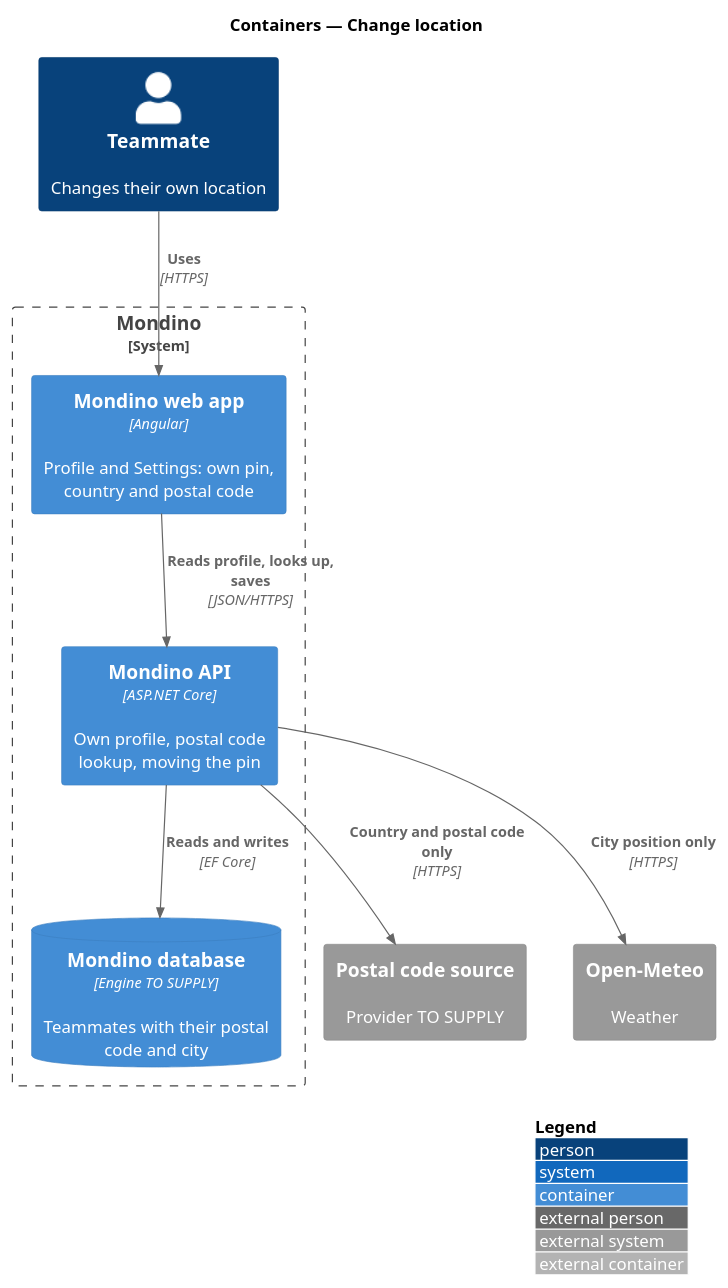
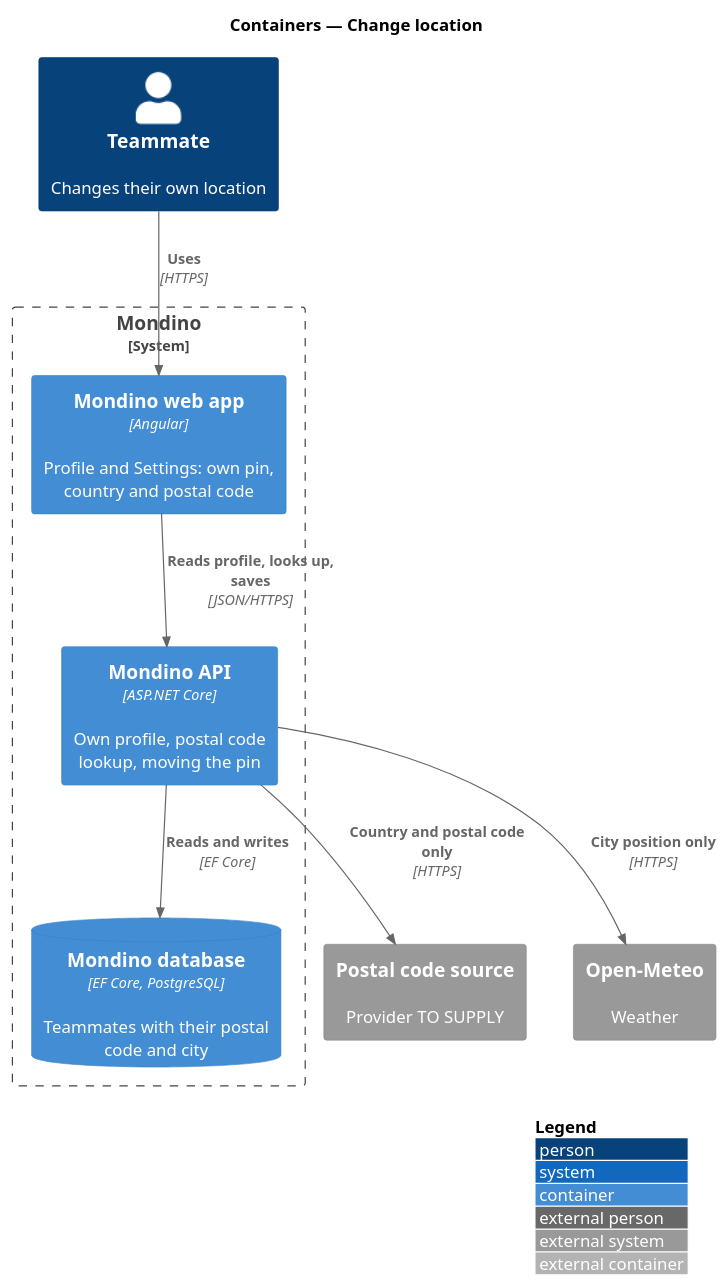
Before and after one commit to QuinntyneBrown/Mondino: the diagram in docs/detailed-designs/profile/change-location/diagrams/c4-container.puml, drawn with PlantUML. The commit also changed 67 other files, not shown here.

```diff
--- a/docs/detailed-designs/profile/change-location/diagrams/c4-container.puml
+++ b/docs/detailed-designs/profile/change-location/diagrams/c4-container.puml
@@ -1,20 +1,20 @@
 @startuml
 !include <C4/C4_Container>
 LAYOUT_WITH_LEGEND()
 title Containers — Change location
 
 Person(teammate, "Teammate", "Changes their own location")
 System_Boundary(mondino, "Mondino") {
   Container(spa, "Mondino web app", "Angular", "Profile and Settings: own pin, country and postal code")
   Container(api, "Mondino API", "ASP.NET Core", "Own profile, postal code lookup, moving the pin")
-  ContainerDb(db, "Mondino database", "Engine TO SUPPLY", "Teammates with their postal code and city")
+  ContainerDb(db, "Mondino database", "EF Core, PostgreSQL", "Teammates with their postal code and city")
 }
 System_Ext(postal, "Postal code source", "Provider TO SUPPLY")
 System_Ext(meteo, "Open-Meteo", "Weather")
 
 Rel(teammate, spa, "Uses", "HTTPS")
 Rel(spa, api, "Reads profile, looks up, saves", "JSON/HTTPS")
 Rel(api, db, "Reads and writes", "EF Core")
 Rel(api, postal, "Country and postal code only", "HTTPS")
 Rel(api, meteo, "City position only", "HTTPS")
 @enduml
```
